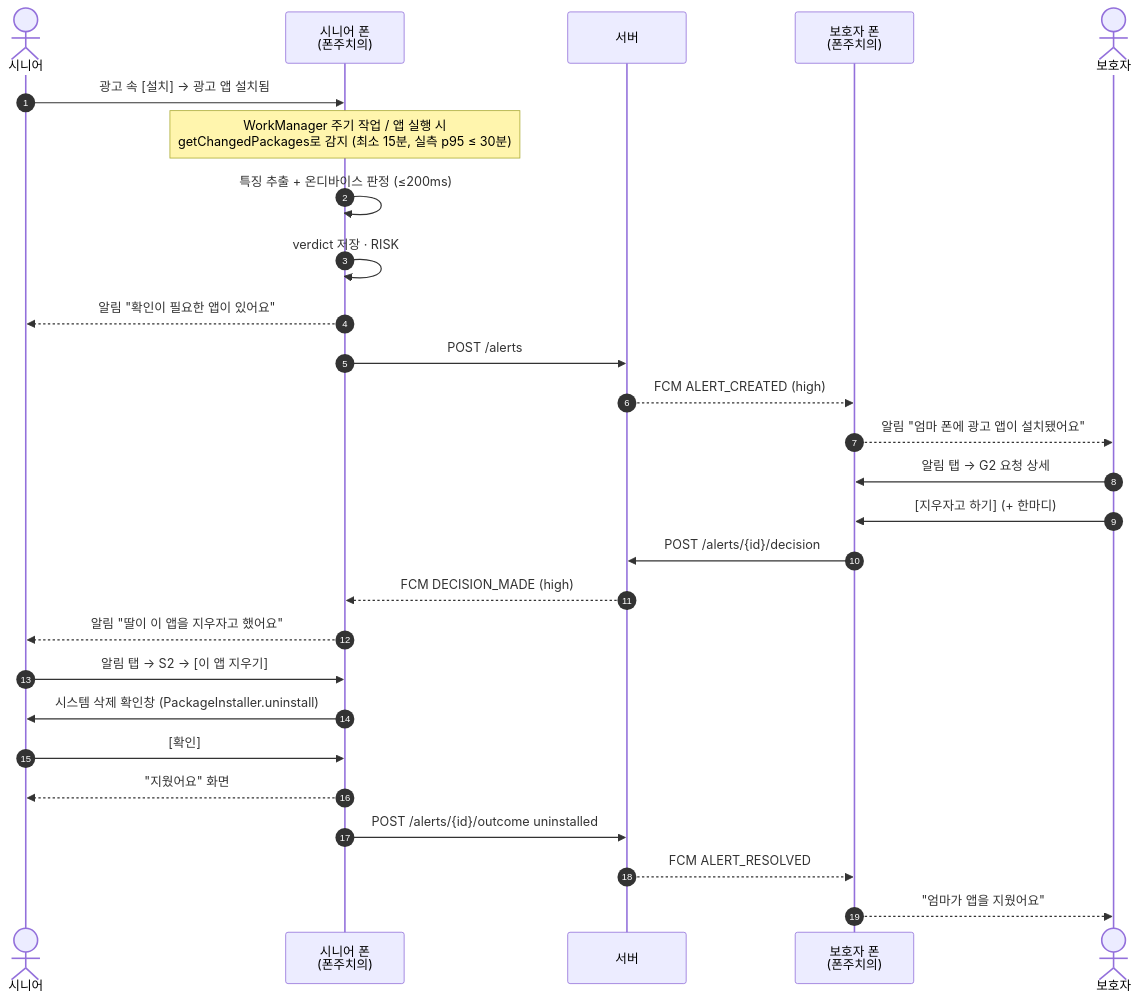
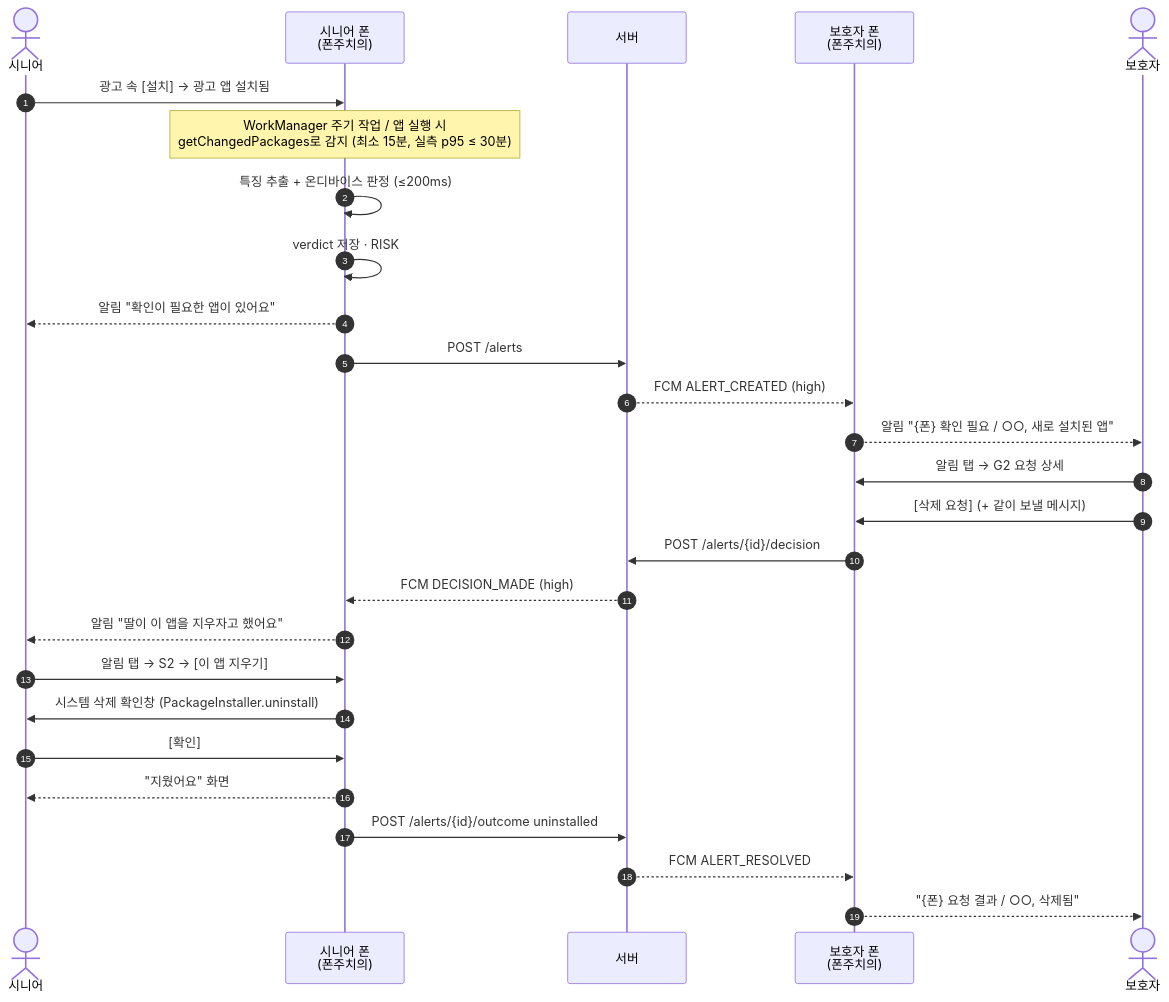
The second of 5 diagrams in specs/001-mvp/ux-flows.md (inq-o/phonedoctor), drawn with Mermaid before and after one commit. The commit also changed other lines of this file and 3 other files, not shown here.

Commit message:
docs(ux): 리뷰 반영 — 시니어 기본 이름 '부모님' 없앰(빈 값이면 '연결한 폰'), 연락 없는 상태는 '오프라인'(연결 끊기와 구분, 열린 요청은 계속 보임), 결과 종류를 서버 상태에 맞춤(이미 삭제됨·앱 정지됨, 기한 지남은 답 전만), F1·F6 옛 문구·전화 버튼 정리, '허용한 앱 광고'로 통일, 빨강은 채움 버튼만 시니어 전용, 선택 칩 ✓, 연락 끊김 알림 본문, 200% 점검에 보호자 화면

````diff
--- a/specs/001-mvp/ux-flows.md
+++ b/specs/001-mvp/ux-flows.md
@@ -106,30 +107,30 @@
 ```mermaid
 sequenceDiagram
     autonumber
     actor 시니어
     participant SP as 시니어 폰<br/>(폰주치의)
     participant API as 서버
     participant GP as 보호자 폰<br/>(폰주치의)
     actor 보호자
 
     시니어->>SP: 광고 속 [설치] → 광고 앱 설치됨
     Note over SP: WorkManager 주기 작업 / 앱 실행 시<br/>getChangedPackages로 감지 (최소 15분, 실측 p95 ≤ 30분)
     SP->>SP: 특징 추출 + 온디바이스 판정 (≤200ms)
     SP->>SP: verdict 저장 · RISK
     SP-->>시니어: 알림 "확인이 필요한 앱이 있어요"
     SP->>API: POST /alerts
     API-->>GP: FCM ALERT_CREATED (high)
-    GP-->>보호자: 알림 "엄마 폰에 광고 앱이 설치됐어요"
+    GP-->>보호자: 알림 "{폰} 확인 필요 / ○○, 새로 설치된 앱"
     보호자->>GP: 알림 탭 → G2 요청 상세
-    보호자->>GP: [지우자고 하기] (+ 한마디)
+    보호자->>GP: [삭제 요청] (+ 같이 보낼 메시지)
     GP->>API: POST /alerts/{id}/decision
     API-->>SP: FCM DECISION_MADE (high)
     SP-->>시니어: 알림 "딸이 이 앱을 지우자고 했어요"
     시니어->>SP: 알림 탭 → S2 → [이 앱 지우기]
     SP->>시니어: 시스템 삭제 확인창 (PackageInstaller.uninstall)
     시니어->>SP: [확인]
     SP-->>시니어: "지웠어요" 화면
     SP->>API: POST /alerts/{id}/outcome uninstalled
     API-->>GP: FCM ALERT_RESOLVED
-    GP-->>보호자: "엄마가 앱을 지웠어요"
+    GP-->>보호자: "{폰} 요청 결과 / ○○, 삭제됨"
 ```
````
